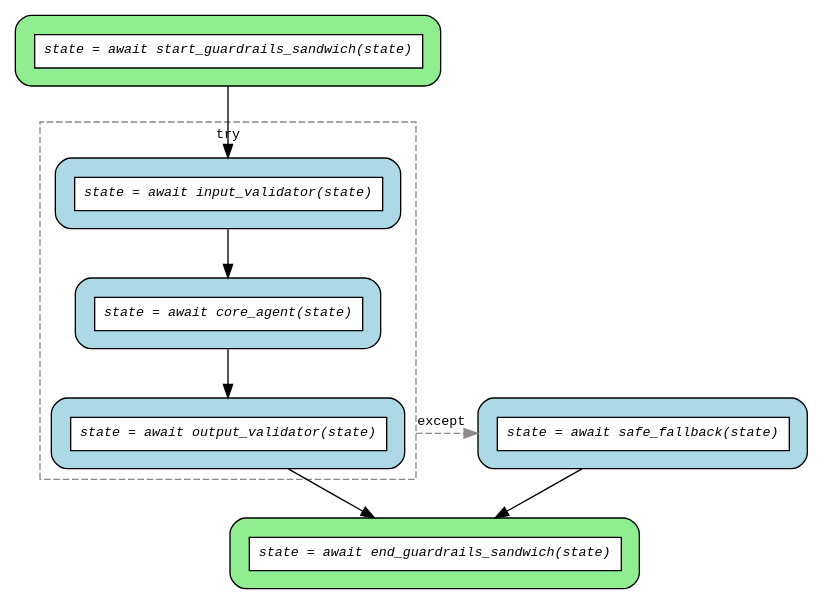
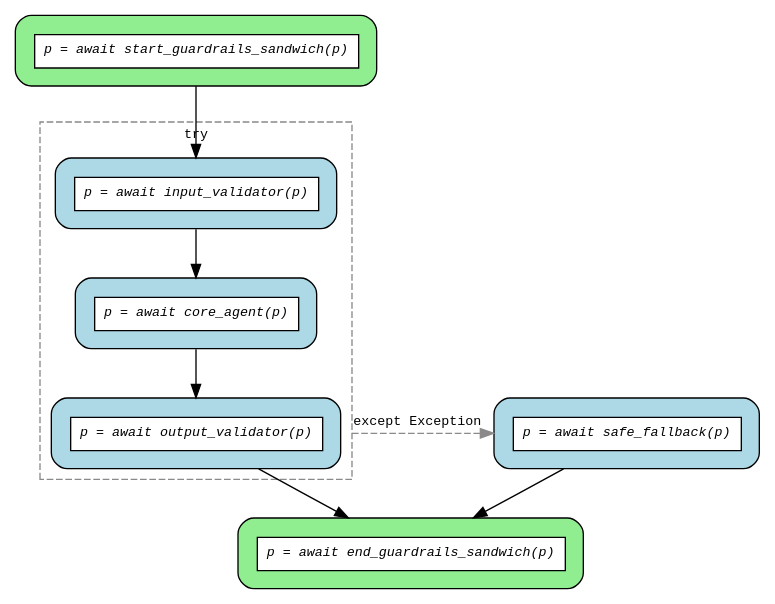
The diagram in examples/flows/agentic/compiled/guardrails_sandwich/flow.dot (mrhillsman-enterprise-ai/asya), drawn with Graphviz before and after one commit. The commit also changed 161 other files, not shown here.

First line of the commit message:
fix(flow-compiler): generate SVG instead of PNG for deterministic pre-commit flow diagrams [bvs4] (#302)

```diff
--- a/examples/flows/agentic/compiled/guardrails_sandwich/flow.dot
+++ b/examples/flows/agentic/compiled/guardrails_sandwich/flow.dot
@@ -1,28 +1,28 @@
 digraph flow {
   rankdir=TB;
   compound=true;
   graph [fontname="Courier", fontsize=10];
   node [fontname="Courier", fontsize=10, shape=box, style="filled,rounded", margin="0.2"];
   edge [fontname="Courier", fontsize=10];
 
-  start_guardrails_sandwich [fillcolor="lightgreen", group="main", label=<<table border="0" cellspacing="0" cellpadding="6" cellborder="1"><tr><td bgcolor="white" align="center"><i>state = await start_guardrails_sandwich(state)</i></td></tr></table>>];
-  end_guardrails_sandwich [fillcolor="lightgreen", group="main", label=<<table border="0" cellspacing="0" cellpadding="6" cellborder="1"><tr><td bgcolor="white" align="center"><i>state = await end_guardrails_sandwich(state)</i></td></tr></table>>];
-  safe_fallback [fillcolor="lightblue", label=<<table border="0" cellspacing="0" cellpadding="6" cellborder="1"><tr><td bgcolor="white" align="center"><i>state = await safe_fallback(state)</i></td></tr></table>>];
+  start_guardrails_sandwich [fillcolor="lightgreen", group="main", label=<<table border="0" cellspacing="0" cellpadding="6" cellborder="1"><tr><td bgcolor="white" align="center"><i>p = await start_guardrails_sandwich(p)</i></td></tr></table>>];
+  end_guardrails_sandwich [fillcolor="lightgreen", group="main", label=<<table border="0" cellspacing="0" cellpadding="6" cellborder="1"><tr><td bgcolor="white" align="center"><i>p = await end_guardrails_sandwich(p)</i></td></tr></table>>];
+  safe_fallback [fillcolor="lightblue", label=<<table border="0" cellspacing="0" cellpadding="6" cellborder="1"><tr><td bgcolor="white" align="center"><i>p = await safe_fallback(p)</i></td></tr></table>>];
   subgraph cluster_try_0 {
     style=dashed;
     color="snow4";
     fontname="Courier";
     fontsize=10;
     label="try";
-    core_agent [fillcolor="lightblue", label=<<table border="0" cellspacing="0" cellpadding="6" cellborder="1"><tr><td bgcolor="white" align="center"><i>state = await core_agent(state)</i></td></tr></table>>];
-    input_validator [fillcolor="lightblue", label=<<table border="0" cellspacing="0" cellpadding="6" cellborder="1"><tr><td bgcolor="white" align="center"><i>state = await input_validator(state)</i></td></tr></table>>];
-    output_validator [fillcolor="lightblue", label=<<table border="0" cellspacing="0" cellpadding="6" cellborder="1"><tr><td bgcolor="white" align="center"><i>state = await output_validator(state)</i></td></tr></table>>];
+    core_agent [fillcolor="lightblue", label=<<table border="0" cellspacing="0" cellpadding="6" cellborder="1"><tr><td bgcolor="white" align="center"><i>p = await core_agent(p)</i></td></tr></table>>];
+    input_validator [fillcolor="lightblue", label=<<table border="0" cellspacing="0" cellpadding="6" cellborder="1"><tr><td bgcolor="white" align="center"><i>p = await input_validator(p)</i></td></tr></table>>];
+    output_validator [fillcolor="lightblue", label=<<table border="0" cellspacing="0" cellpadding="6" cellborder="1"><tr><td bgcolor="white" align="center"><i>p = await output_validator(p)</i></td></tr></table>>];
   }
 
   core_agent -> output_validator;
   input_validator -> core_agent;
   output_validator -> end_guardrails_sandwich;
-  output_validator -> safe_fallback [ltail=cluster_try_0, color=snow4, style=dashed, label="except", constraint=false];
+  output_validator -> safe_fallback [ltail=cluster_try_0, color=snow4, style=dashed, label="except Exception", constraint=false];
   safe_fallback -> end_guardrails_sandwich;
   start_guardrails_sandwich -> input_validator;
 }
```
